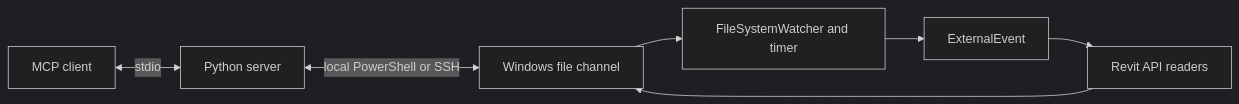
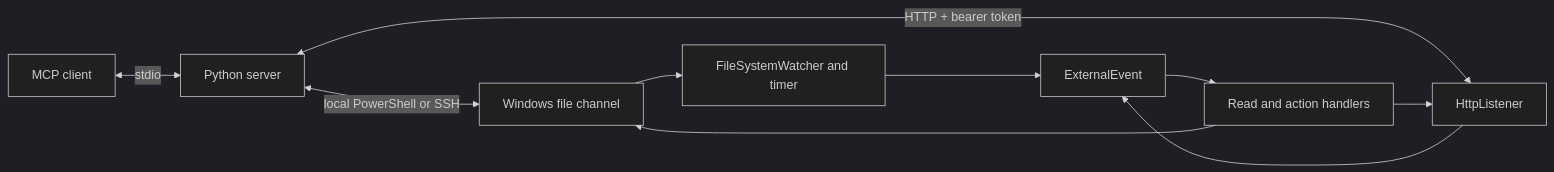
The diagram in docs/architecture.md (sharafutdinovdi/revit-model-mcp), drawn with Mermaid (dark theme) before and after one commit. The commit also changed other lines of this file and 20 other files, not shown here.

````diff
--- a/docs/architecture.md
+++ b/docs/architecture.md
@@ -11,9 +12,12 @@
 ```mermaid
 flowchart LR
     Client[MCP client] <-->|stdio| Server[Python server]
     Server <-->|local PowerShell or SSH| Files[Windows file channel]
     Files --> Watcher[FileSystemWatcher and timer]
     Watcher --> Event[ExternalEvent]
-    Event --> Reader[Revit API readers]
-    Reader --> Files
+    Server <-->|HTTP + bearer token| HTTP[HttpListener]
+    HTTP --> Event
+    Event --> Handler[Read and action handlers]
+    Handler --> Files
+    Handler --> HTTP
 ```
````
